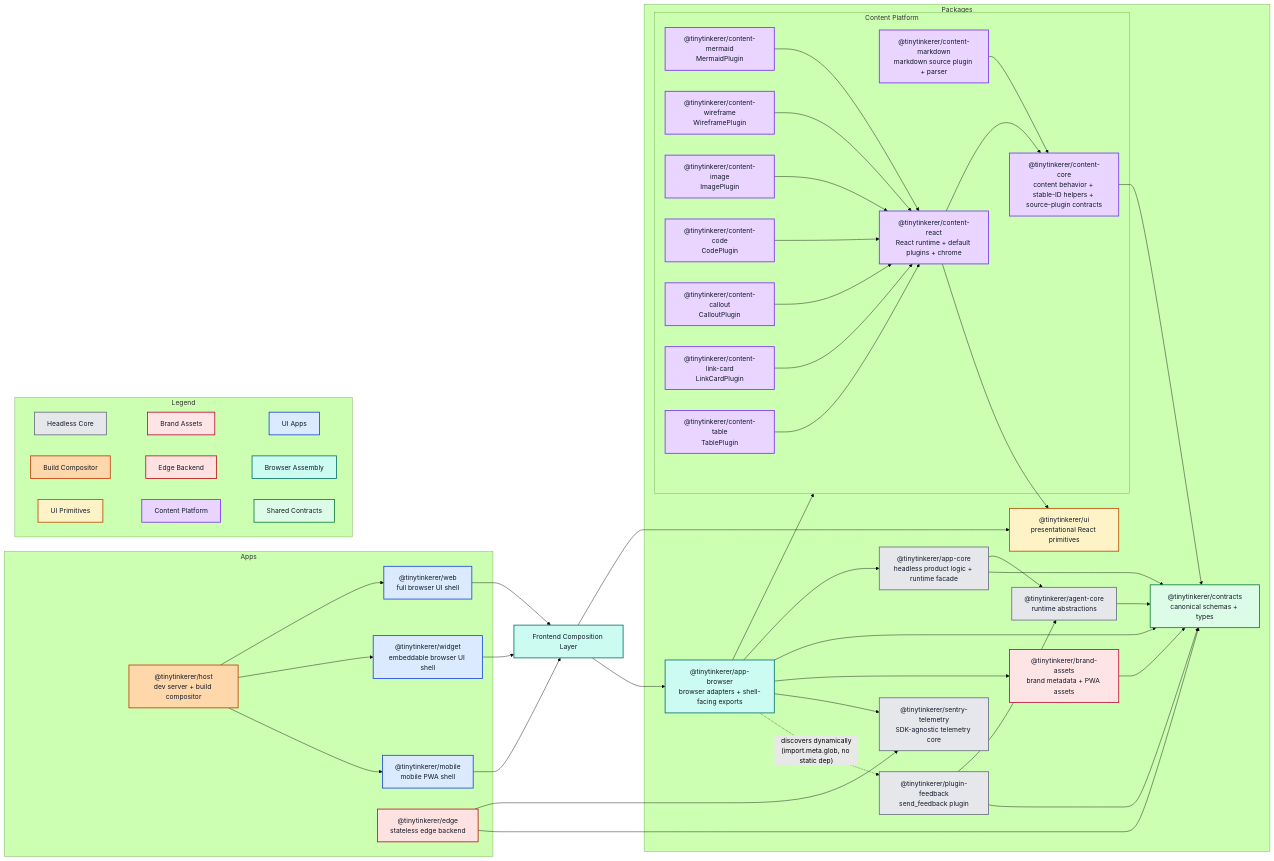
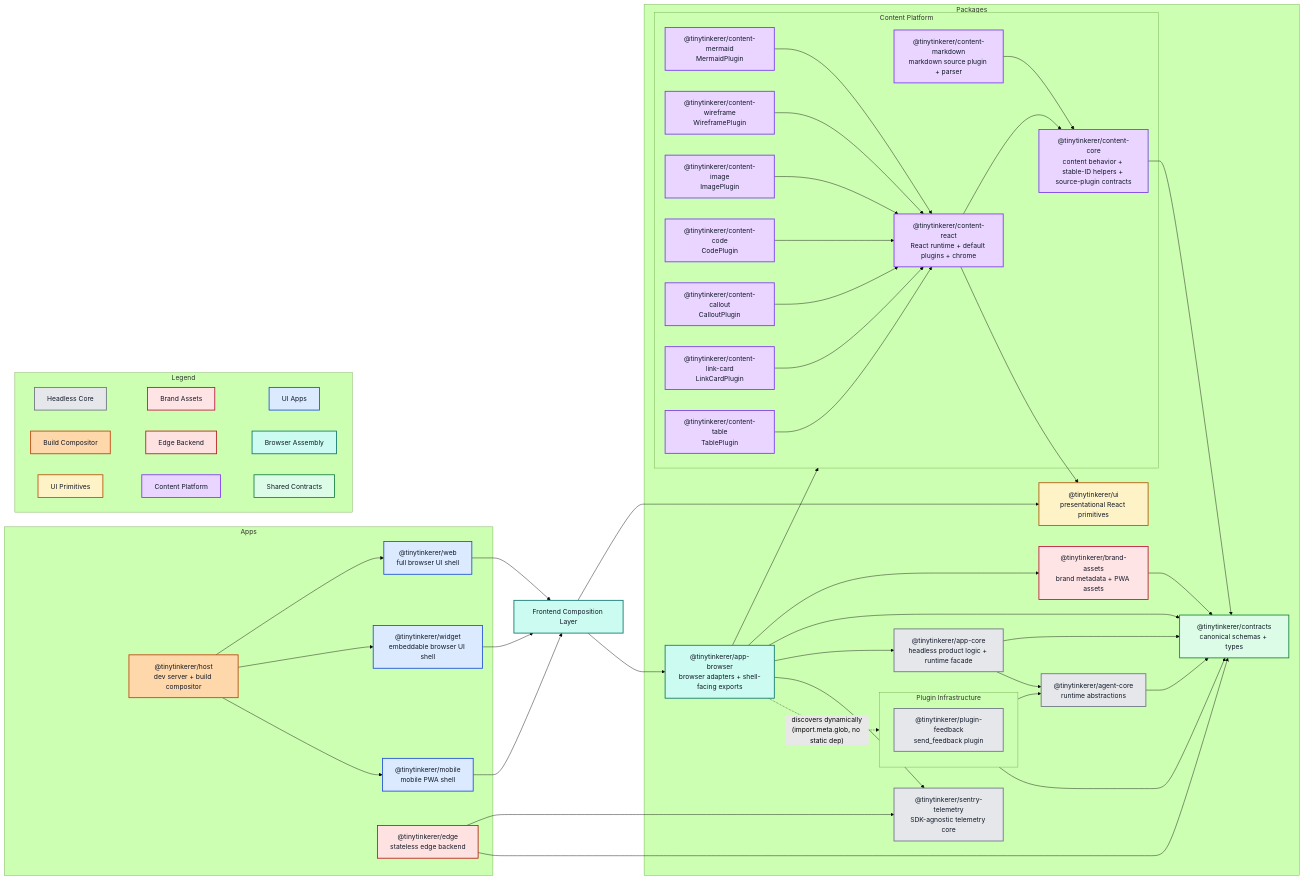
The diagram in docs/ARCHITECTURE.md (NNTin/tinytinkerer), drawn with Mermaid (forest theme) before and after one commit.

Commit message:
docs: update architecture map

```diff
--- a/docs/ARCHITECTURE.md
+++ b/docs/ARCHITECTURE.md
@@ -49,14 +49,23 @@
   common["Frontend Composition Layer"]
 
   subgraph Packages
+
+
+    %%subgraph PluginInfrastructure["Plugin Infrastructure"]
+    %%  pluginfeedback["@tinytinkerer/plugin-feedback<br/>send_feedback plugin"]
+    %%end
+
     contracts["@tinytinkerer/contracts<br/>canonical schemas + types"]
     agent["@tinytinkerer/agent-core<br/>runtime abstractions"]
+    brand["@tinytinkerer/brand-assets<br/>brand metadata + PWA assets"]
     appcore["@tinytinkerer/app-core<br/>headless product logic + runtime facade"]
     appbrowser["@tinytinkerer/app-browser<br/>browser adapters + shell-facing exports"]
-    brand["@tinytinkerer/brand-assets<br/>brand metadata + PWA assets"]
     ui["@tinytinkerer/ui<br/>presentational React primitives"]
     sentrytelemetry["@tinytinkerer/sentry-telemetry<br/>SDK-agnostic telemetry core"]
-    pluginfeedback["@tinytinkerer/plugin-feedback<br/>send_feedback plugin"]
+
+    subgraph PluginInfrastructure["Plugin Infrastructure"]
+      pluginfeedback["@tinytinkerer/plugin-feedback<br/>send_feedback plugin"]
+    end
 
     subgraph ContentPlatform["Content Platform"]
       contentcore["@tinytinkerer/content-core<br/>content behavior + stable-ID helpers + source-plugin contracts"]
@@ -85,18 +94,18 @@
 
   edge --> sentrytelemetry
   edge --> contracts
+  appcore --> contracts
   appcore --> agent
-  appcore --> contracts
 
+  appbrowser --> brand
+  appbrowser --> contracts
   appbrowser --> ContentPlatform
   appbrowser --> appcore
-  appbrowser --> contracts
-  appbrowser --> brand
+  appbrowser -. "discovers dynamically<br/>(import.meta.glob, no static dep)" .-> PluginInfrastructure
   appbrowser --> sentrytelemetry
-  appbrowser -. "discovers dynamically<br/>(import.meta.glob, no static dep)" .-> pluginfeedback
 
-  pluginfeedback --> agent
-  pluginfeedback --> contracts
+  PluginInfrastructure --> agent
+  PluginInfrastructure --> contracts
 
   contentreact --> contentcore
   contentreact --> ui
```
